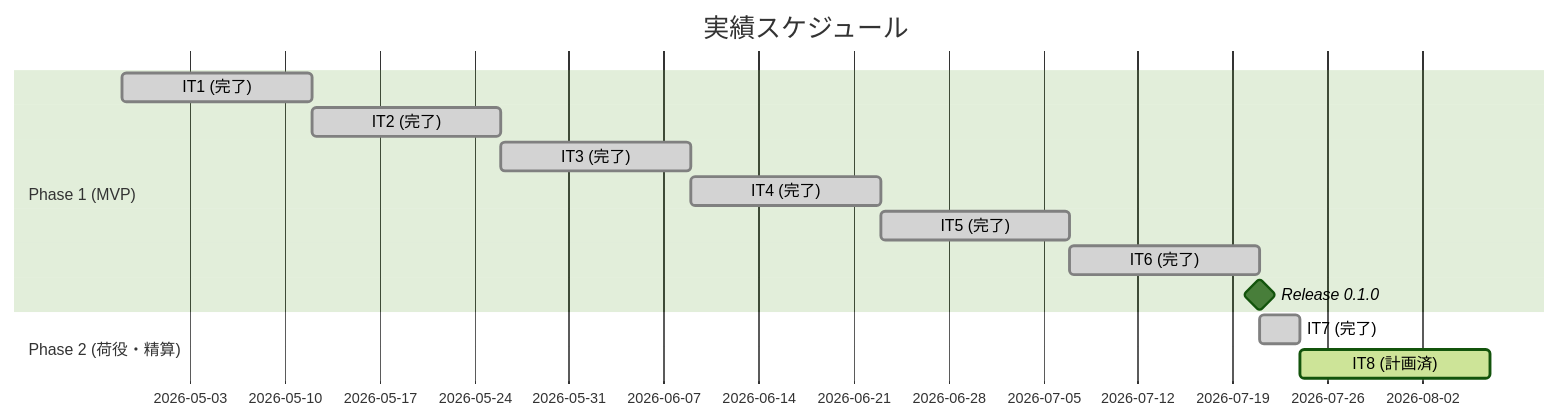
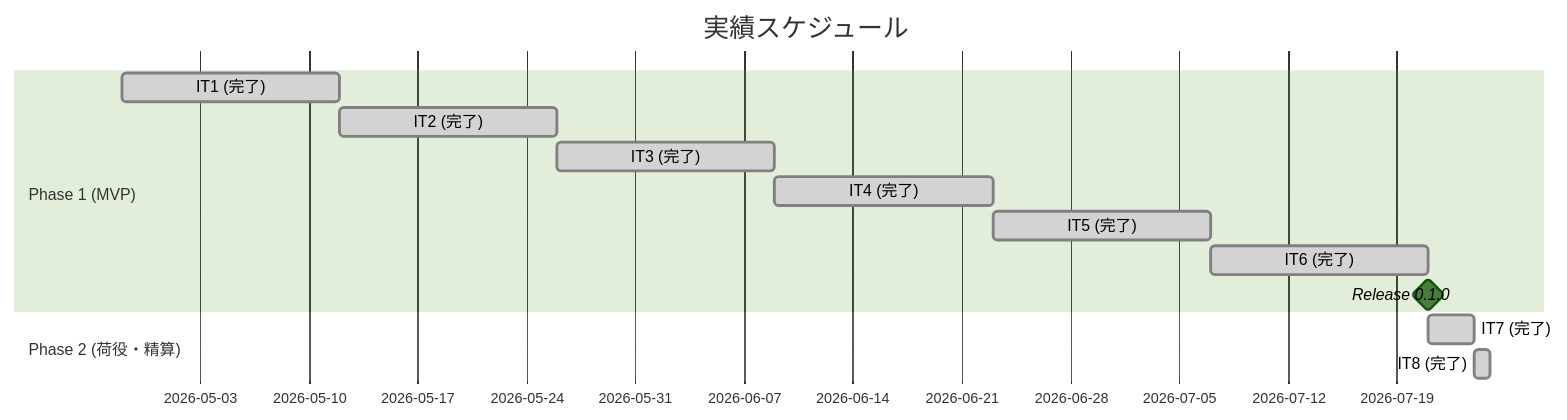
One commit to k2works/case-study-cargo-tracker changed the second of 3 diagrams in docs/development/release_plan.md. Above: the diagram before and after it, drawn with Mermaid (forest theme). The commit also changed other lines of this file and 2 other files, not shown here.

````diff
--- a/docs/development/release_plan.md
+++ b/docs/development/release_plan.md
@@ -177,16 +177,16 @@
 ```mermaid
 gantt
     title 実績スケジュール
     dateFormat  YYYY-MM-DD
     section Phase 1 (MVP)
     IT1 (完了)                    :done, a1, 2026-04-28, 14d
     IT2 (完了)                    :done, a2, after a1, 14d
     IT3 (完了)                    :done, a3, after a2, 14d
     IT4 (完了)                    :done, a4, after a3, 14d
     IT5 (完了)                    :done, a5, after a4, 14d
     IT6 (完了)                    :done, a6, after a5, 14d
     Release 0.1.0                 :milestone, ma1, after a6, 0d
     section Phase 2 (荷役・精算)
     IT7 (完了)                    :done, a7, after a6, 3d
-    IT8 (計画済)                  :active, a8, after a7, 14d
+    IT8 (完了)                    :done, a8, after a7, 1d
 ```
````
